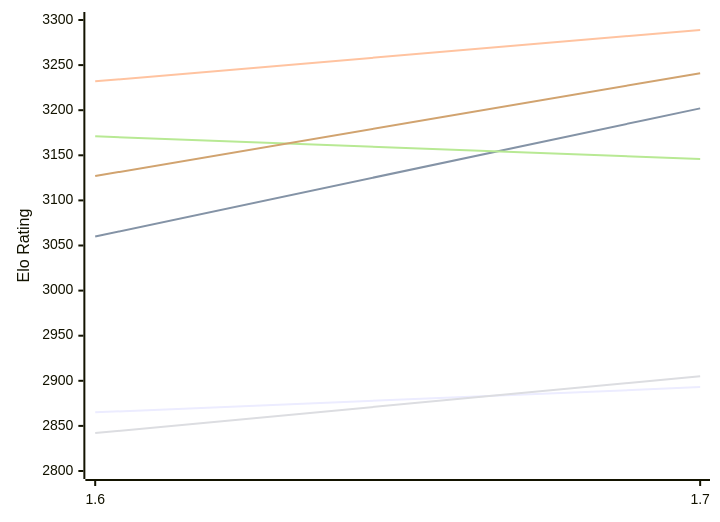
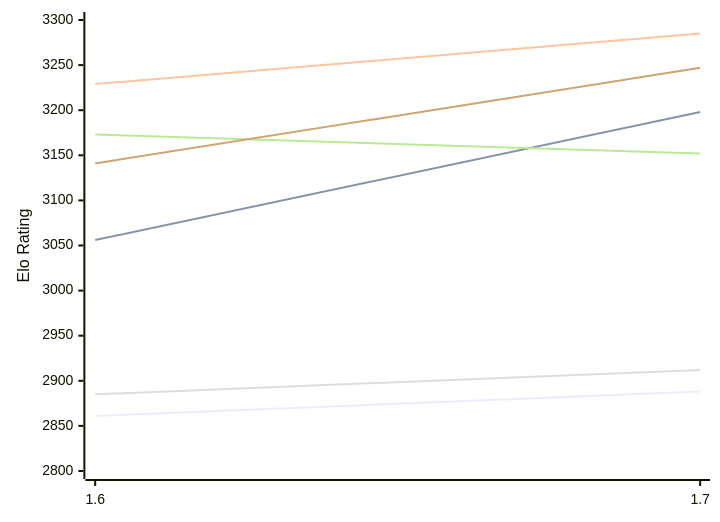
Before and after one commit to computer-chess-index/cci: the first of 2 diagrams in engines/Bitbit.md, drawn with Mermaid. The commit also changed other lines of this file, not shown here.

Commit message:
Update CCI Ratings (ELO VLTC) - 2026-11-21

````diff
--- a/engines/Bitbit.md
+++ b/engines/Bitbit.md
@@ -50,12 +50,12 @@
 ```mermaid
 %%{init: {"theme":"base","themeVariables":{"seriesColors:['#a3a3a3','#222221','#faa371']}}}%%
 xychart-beta
   x-axis ["1.6", "1.7"]
   y-axis "Elo Rating" 2800 --> 3300
-  line "E1: STC (8.0+0.08s)" [2865, 2893]
-  line "E1: LTC (60.0+0.60s)" [3060, 3202]
-  line "E1: VLTC (2m24s+1.12s)" [3232, 3289]
-  line "P1: STC (8.0+0.08s)" [2842, 2905]
-  line "P1: LTC (60.0+0.60s)" [3171, 3146]
-  line "P1: VLTC (2m24s+1.12s)" [3127, 3241]
+  line "E1: STC (8.0+0.08s)" [2861, 2888]
+  line "E1: LTC (60.0+0.60s)" [3056, 3198]
+  line "E1: VLTC (2m24s+1.12s)" [3229, 3285]
+  line "P1: STC (8.0+0.08s)" [2885, 2912]
+  line "P1: LTC (60.0+0.60s)" [3173, 3152]
+  line "P1: VLTC (2m24s+1.12s)" [3141, 3247]
 ```
````
